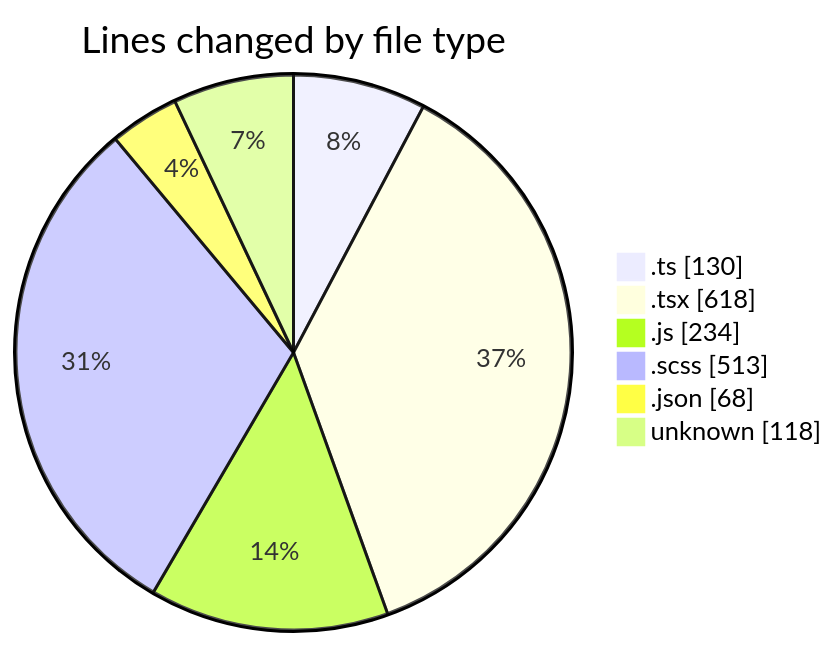
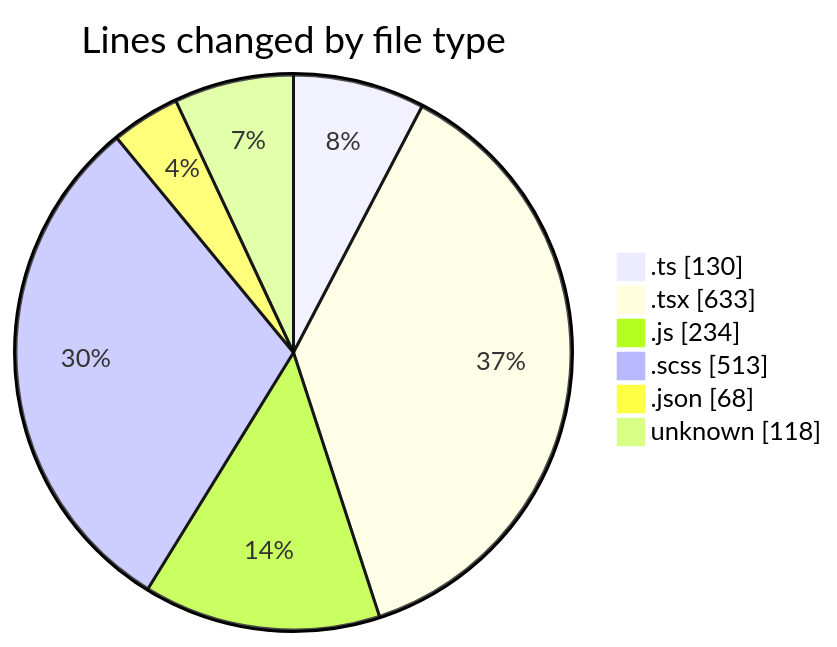
Before and after one commit to momahboobian/code-tracking: the first of 2 diagrams in 2026-05-08/cda/README.md, drawn with Mermaid. The commit also changed other lines of this file and 1 other file, not shown here.

````diff
--- a/2026-05-08/cda/README.md
+++ b/2026-05-08/cda/README.md
@@ -38,10 +38,10 @@
 ```mermaid
 pie showData
 title Lines changed by file type
 ".ts" : 130
-".tsx" : 618
+".tsx" : 633
 ".js" : 234
 ".scss" : 513
 ".json" : 68
 "unknown" : 118
 ```
````
